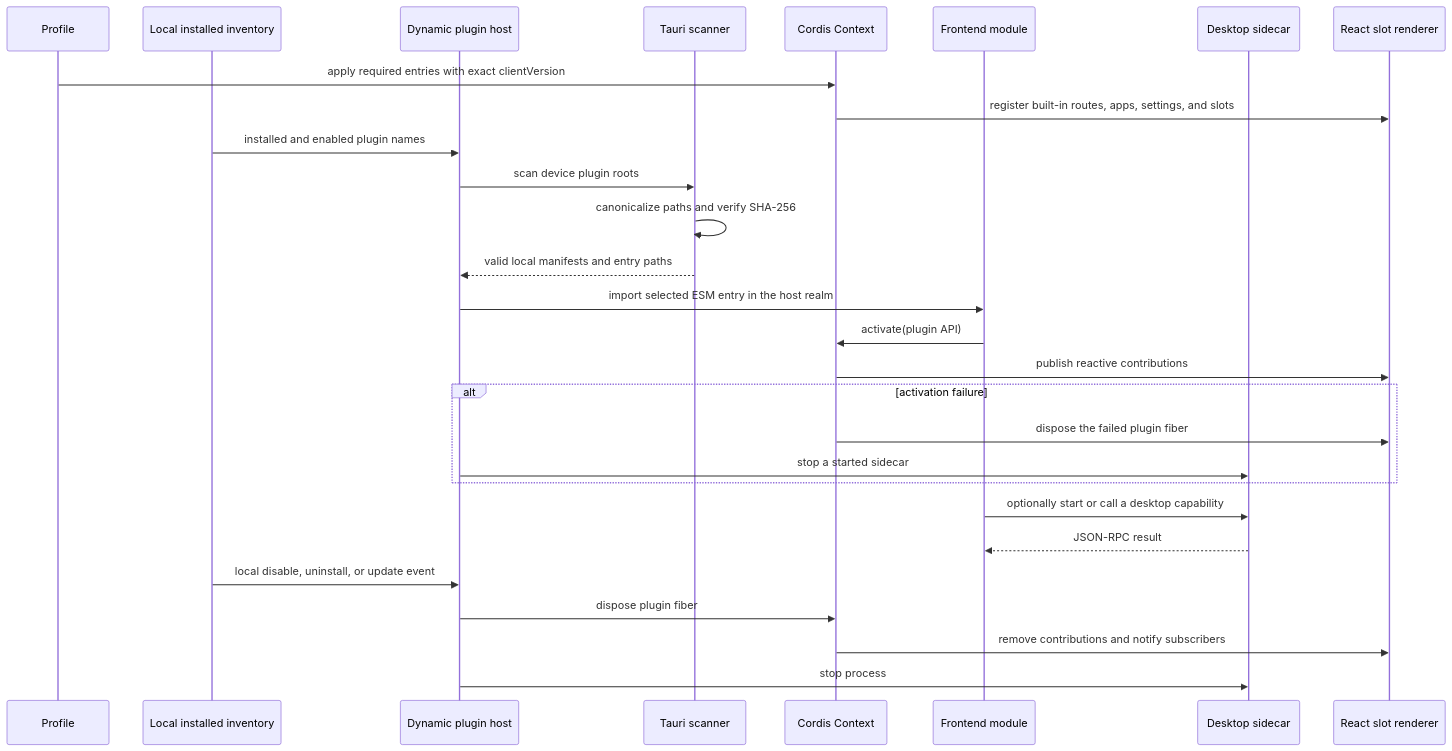
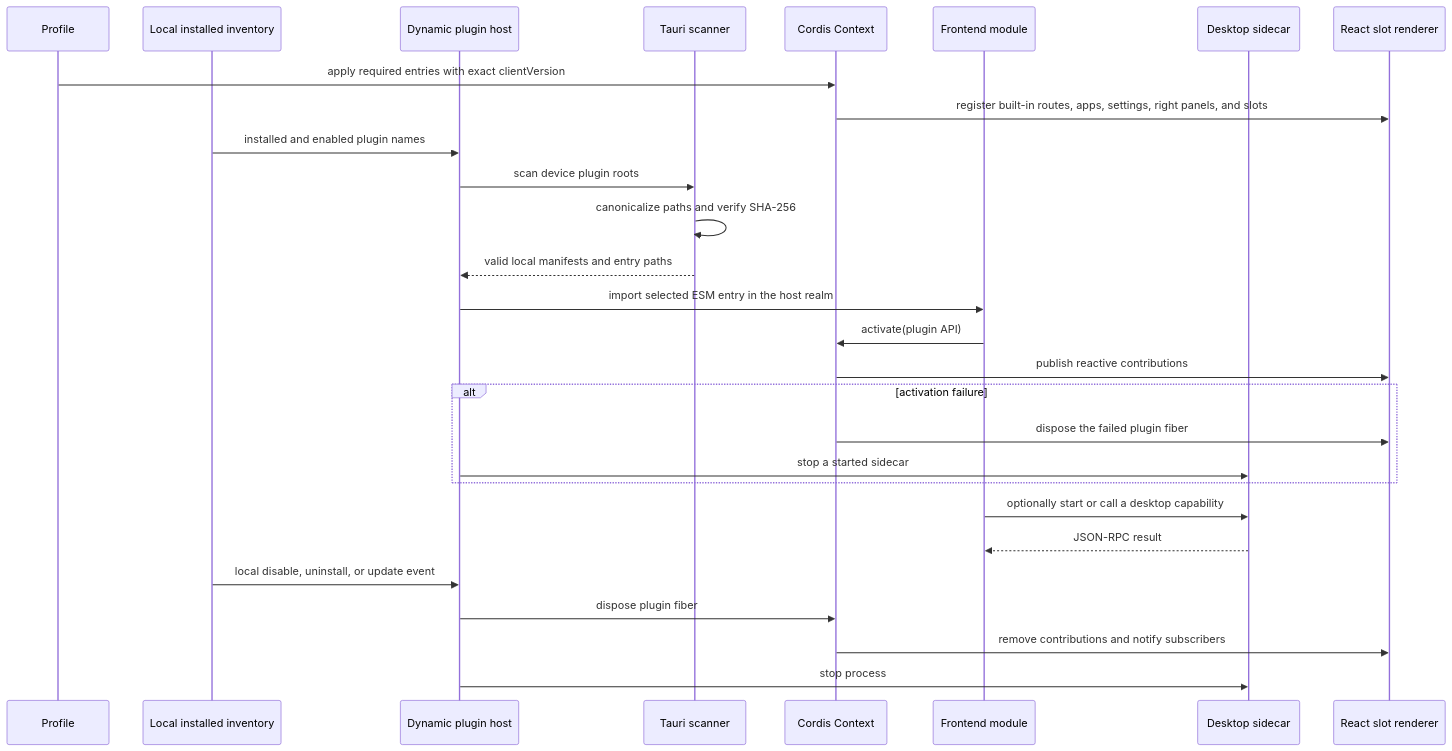
The second of 2 diagrams in docs/en/architecture/workbench-plugin-runtime.md (wecode-ai/Wegent), drawn with Mermaid before and after one commit. The commit also changed other lines of this file and 25 other files, not shown here.

````diff
--- a/docs/en/architecture/workbench-plugin-runtime.md
+++ b/docs/en/architecture/workbench-plugin-runtime.md
@@ -26,33 +26,33 @@
 ```mermaid
 sequenceDiagram
     participant P as Profile
     participant I as Local installed inventory
     participant D as Dynamic plugin host
     participant T as Tauri scanner
     participant C as Cordis Context
     participant F as Frontend module
     participant S as Desktop sidecar
     participant U as React slot renderer
 
     P->>C: apply required entries with exact clientVersion
-    C->>U: register built-in routes, apps, settings, and slots
+    C->>U: register built-in routes, apps, settings, right panels, and slots
     I->>D: installed and enabled plugin names
     D->>T: scan device plugin roots
     T->>T: canonicalize paths and verify SHA-256
     T-->>D: valid local manifests and entry paths
     D->>F: import selected ESM entry in the host realm
     F->>C: activate(plugin API)
     C->>U: publish reactive contributions
 
     alt activation failure
         C->>U: dispose the failed plugin fiber
         D->>S: stop a started sidecar
     end
 
     F->>S: optionally start or call a desktop capability
     S-->>F: JSON-RPC result
     I->>D: local disable, uninstall, or update event
     D->>C: dispose plugin fiber
     C->>U: remove contributions and notify subscribers
     D->>S: stop process
 ```
````
